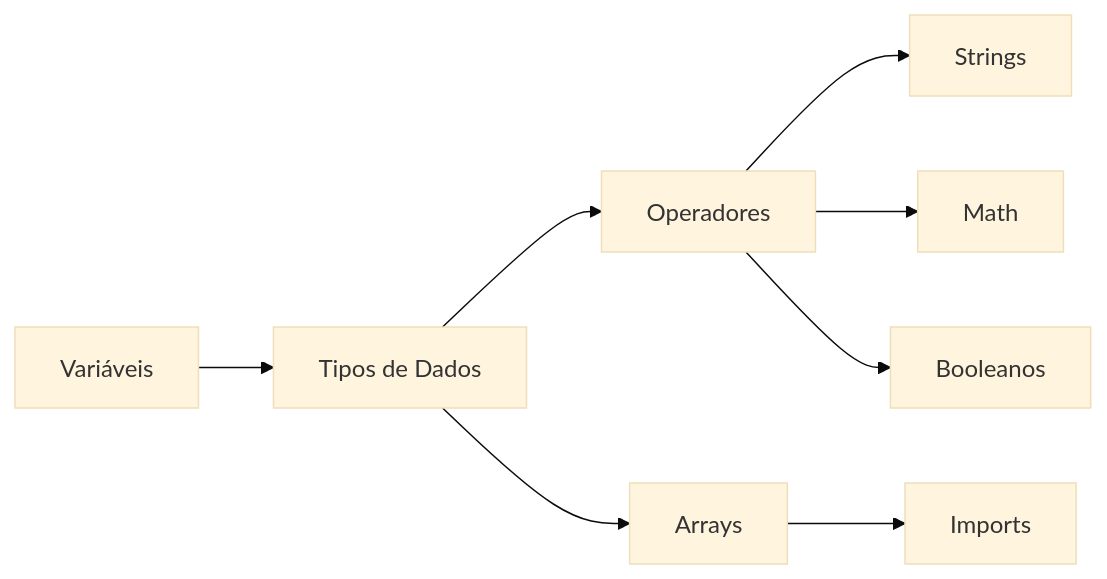
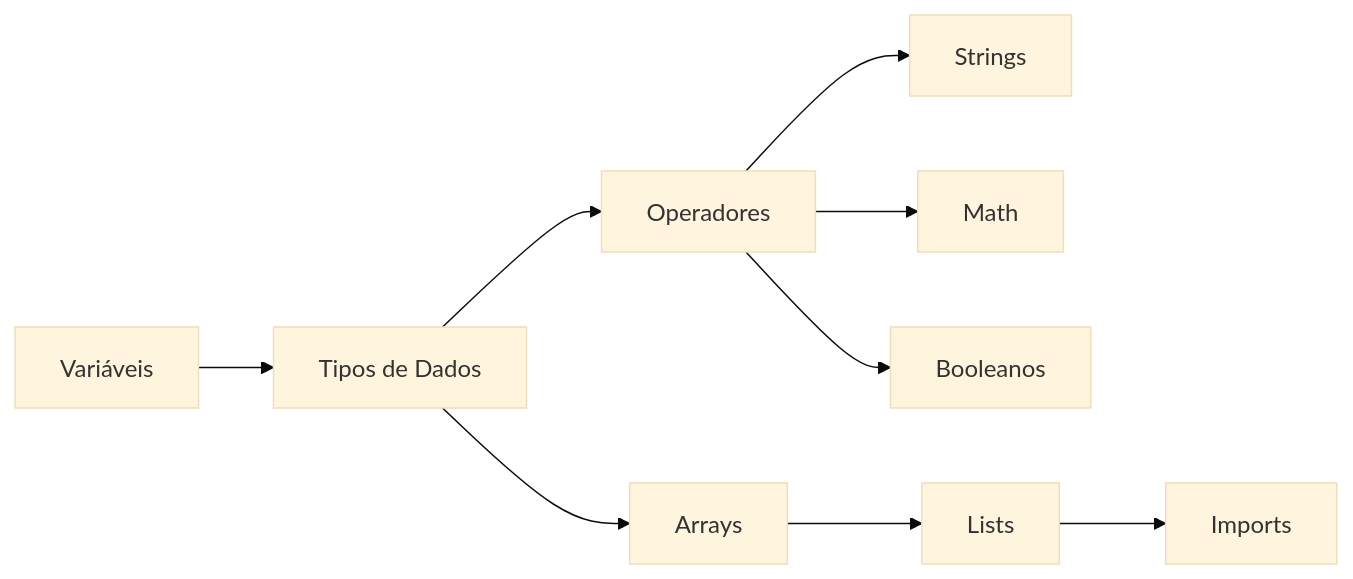
The fifth of 31 diagrams in README.md (Nick-machado/java-study), drawn with Mermaid (base theme) before and after one commit. The commit also changed other lines of this file and 1 other file, not shown here.

First line of the commit message:
Add Java Lists example and README docs

````diff
--- a/README.md
+++ b/README.md
@@ -210,10 +211,11 @@
 ```mermaid
 flowchart LR
     A["Variáveis"] --> B["Tipos de Dados"]
     B --> C["Operadores"]
     C --> D["Strings"]
     C --> E["Math"]
     C --> F["Booleanos"]
     B --> G["Arrays"]
-    G --> H["Imports"]
+    G --> L["Lists"]
+    L --> H["Imports"]
 ```
````
